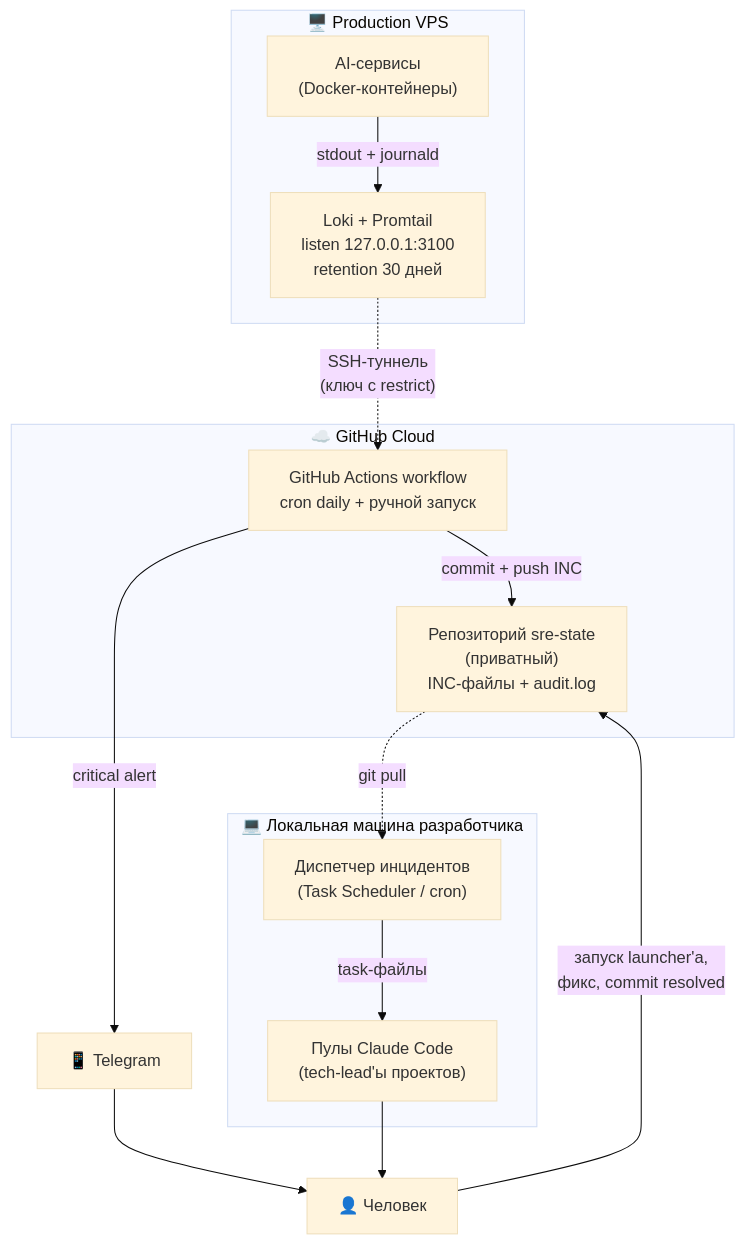
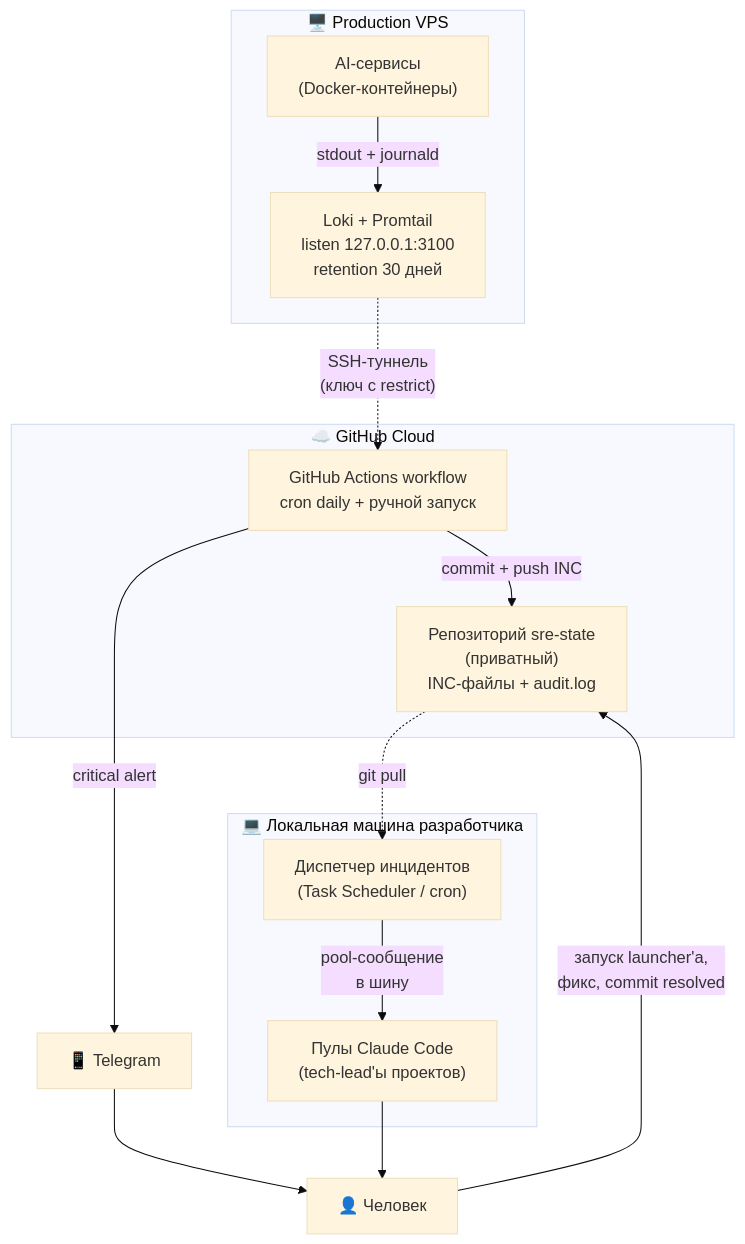
Before and after one commit to Dieugene/ai-agent-backed-project-template: the first of 3 diagrams in docs/sre-self-healing-pipeline.md, drawn with Mermaid (base theme). The commit also changed other lines of this file and 39 other files, not shown here.

````diff
--- a/docs/sre-self-healing-pipeline.md
+++ b/docs/sre-self-healing-pipeline.md
@@ -51,30 +51,30 @@
 ```mermaid
 flowchart TB
     subgraph VPS["🖥️ Production VPS"]
         APP["AI-сервисы<br/>(Docker-контейнеры)"]
         LOKI["Loki + Promtail<br/>listen 127.0.0.1:3100<br/>retention 30 дней"]
         APP -->|"stdout + journald"| LOKI
     end
 
     subgraph CLOUD["☁️ GitHub Cloud"]
         WF["GitHub Actions workflow<br/>cron daily + ручной запуск"]
         REPO["Репозиторий sre-state<br/>(приватный)<br/>INC-файлы + audit.log"]
         WF -->|"commit + push INC"| REPO
     end
 
     subgraph LOCAL["💻 Локальная машина разработчика"]
         DISP["Диспетчер инцидентов<br/>(Task Scheduler / cron)"]
         POOLS["Пулы Claude Code<br/>(tech-lead'ы проектов)"]
-        DISP -->|"task-файлы"| POOLS
+        DISP -->|"pool-сообщение<br/>в шину"| POOLS
     end
 
     TG["📱 Telegram"]
     HUMAN["👤 Человек"]
 
     LOKI -. "SSH-туннель<br/>(ключ с restrict)" .-> WF
     WF -->|"critical alert"| TG
     TG --> HUMAN
     REPO -. "git pull" .-> DISP
     POOLS --> HUMAN
     HUMAN -->|"запуск launcher'а,<br/>фикс, commit resolved"| REPO
 ```
````
